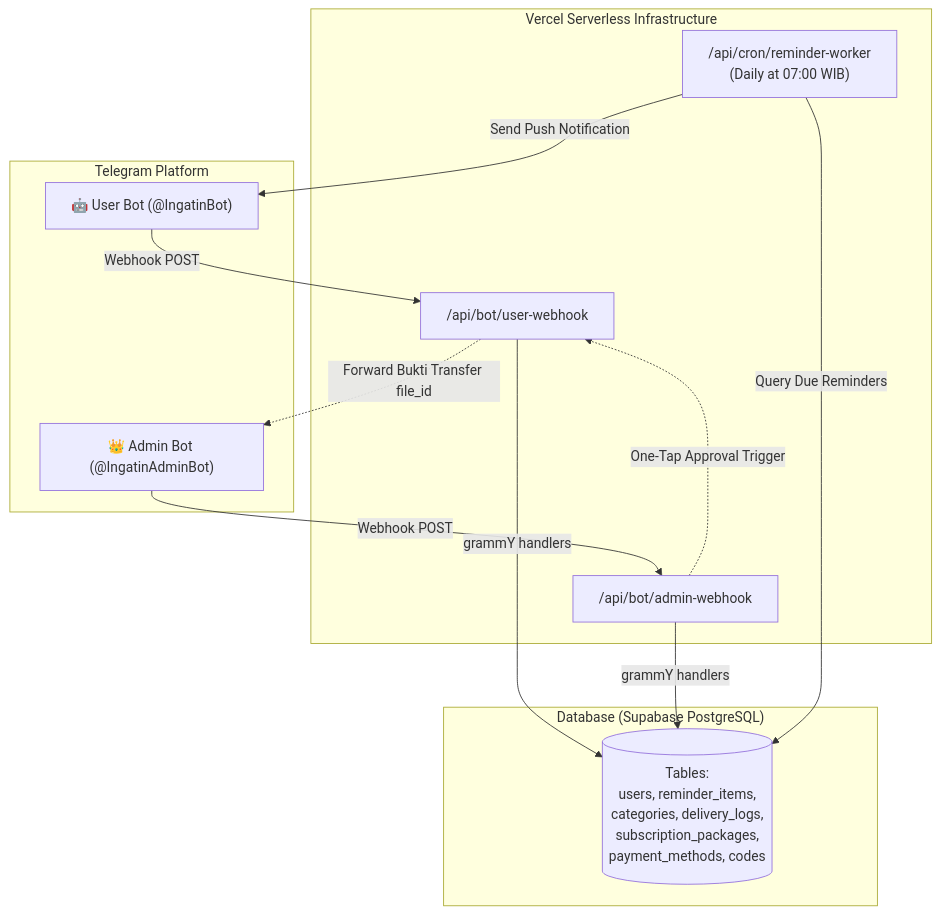
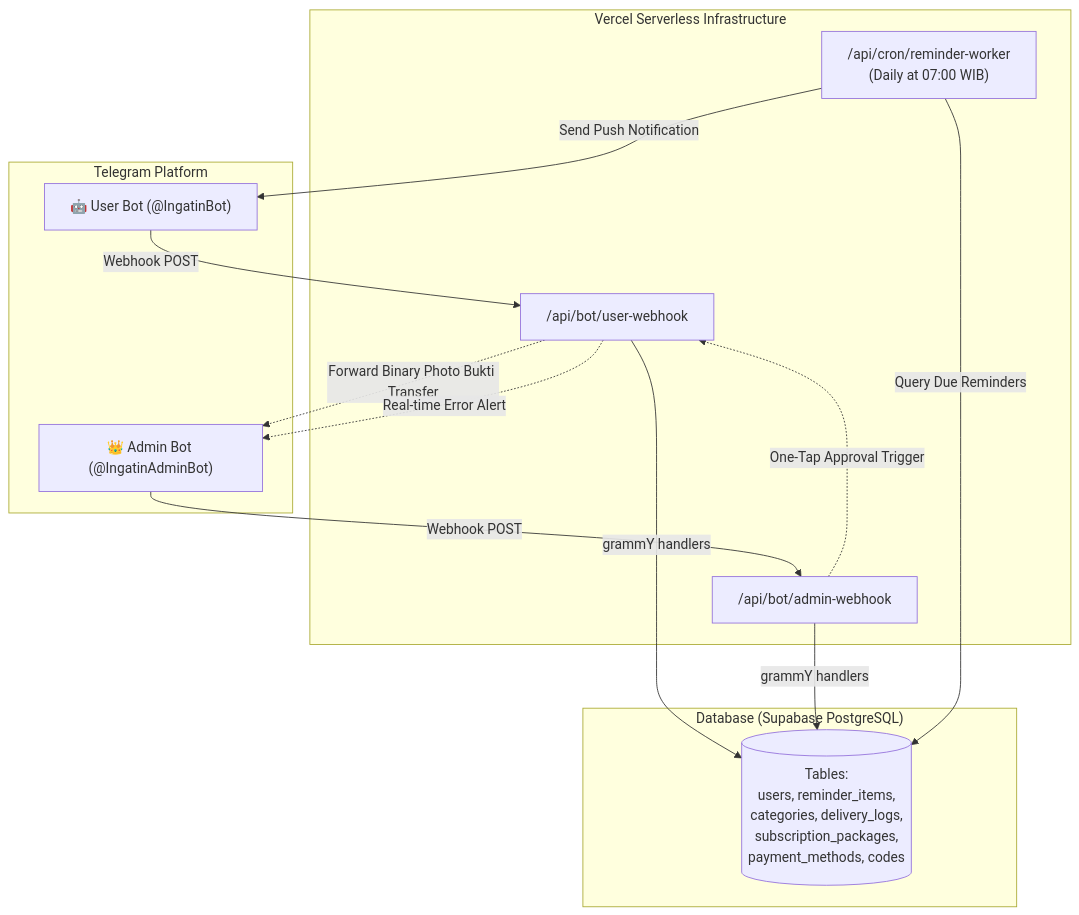
The diagram in README.md (hanifalkauni/telegram-reminder-bot), drawn with Mermaid before and after one commit. The commit also changed other lines of this file, not shown here.

Commit message:
docs: update README with new features, commands, interactive edit wizard, and architecture

````diff
--- a/README.md
+++ b/README.md
@@ -98,29 +105,30 @@
 ```mermaid
 flowchart TD
     subgraph "Telegram Platform"
         UB["🤖 User Bot (@IngatinBot)"]
         AB["👑 Admin Bot (@IngatinAdminBot)"]
     end
 
     subgraph "Vercel Serverless Infrastructure"
         U_WH["/api/bot/user-webhook"]
         A_WH["/api/bot/admin-webhook"]
         CRON["/api/cron/reminder-worker\n(Daily at 07:00 WIB)"]
     end
 
     subgraph "Database (Supabase PostgreSQL)"
         DB[(Tables:\nusers, reminder_items,\ncategories, delivery_logs,\nsubscription_packages,\npayment_methods, codes)]
     end
 
     UB -->|Webhook POST| U_WH
     AB -->|Webhook POST| A_WH
     
     U_WH -->|grammY handlers| DB
     A_WH -->|grammY handlers| DB
     
     CRON -->|Query Due Reminders| DB
     CRON -->|Send Push Notification| UB
     
-    U_WH -.->|Forward Bukti Transfer file_id| AB
+    U_WH -.->|Forward Binary Photo Bukti Transfer| AB
     A_WH -.->|One-Tap Approval Trigger| U_WH
+    U_WH -.->|Real-time Error Alert| AB
 ```
````
